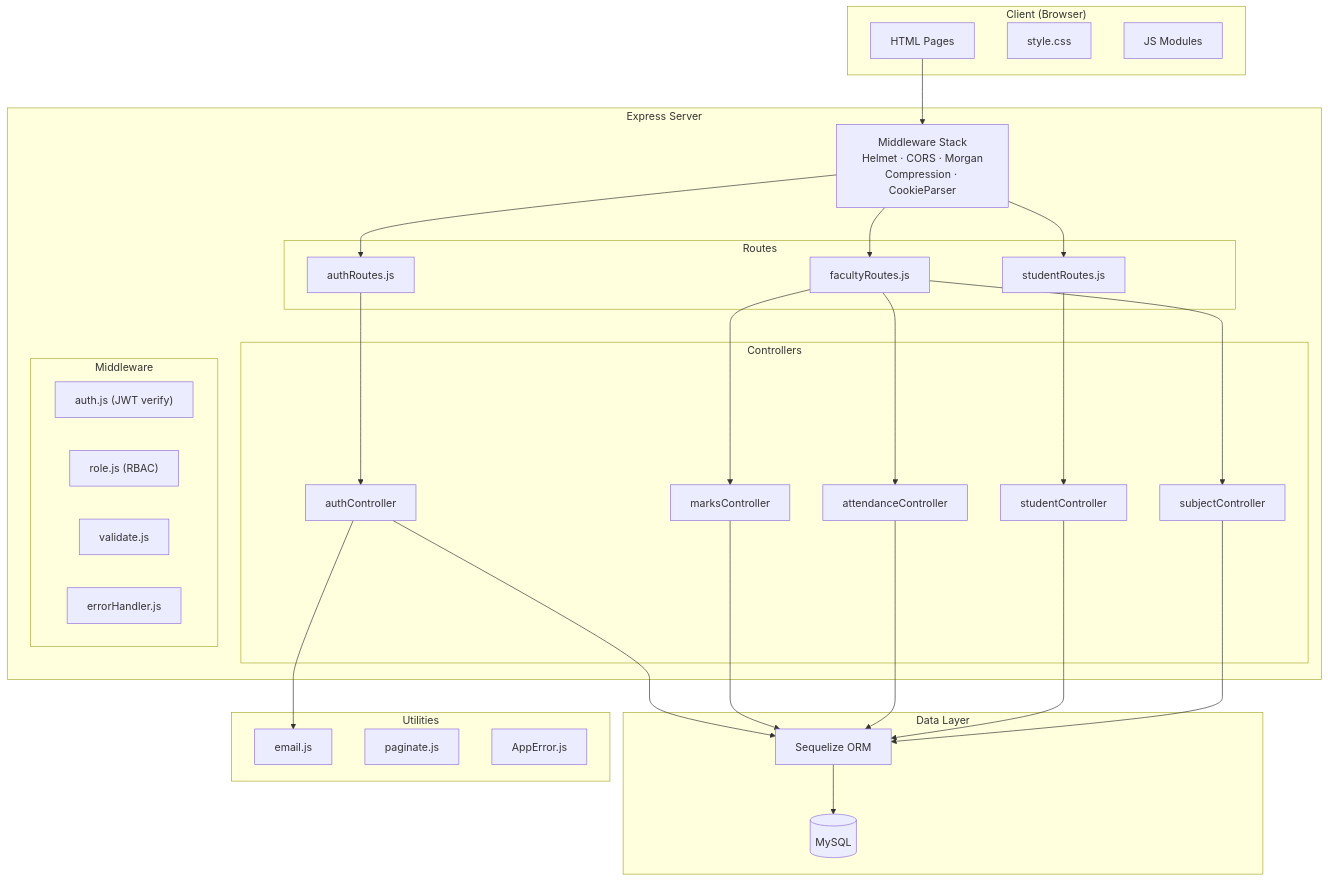
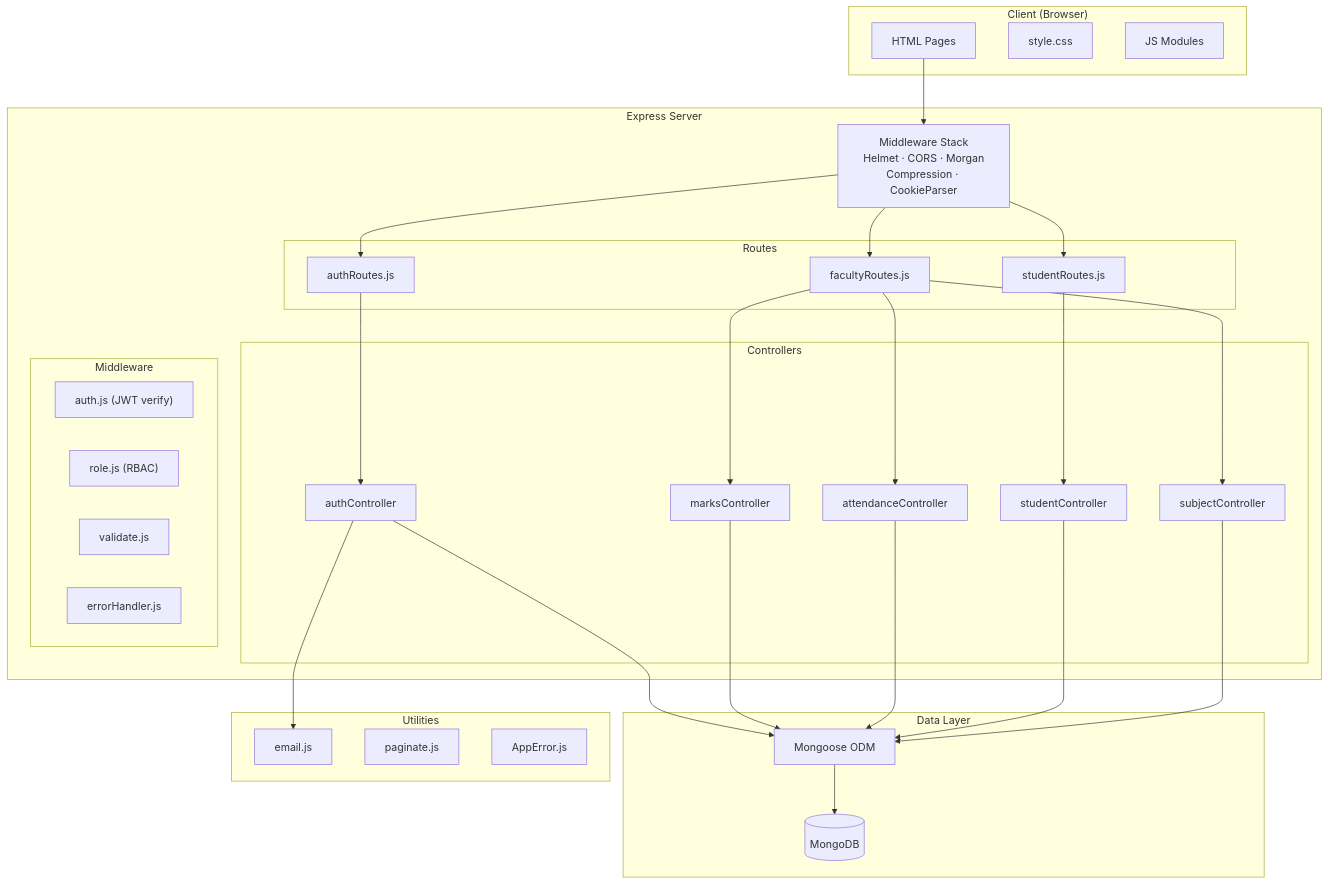
One commit to mayank-shriv/Student_Management_System changed the first of 2 diagrams in analysis_results.md. Above: the diagram before and after it, drawn with Mermaid. The commit also changed other lines of this file and 2 other files, not shown here.

````diff
--- a/analysis_results.md
+++ b/analysis_results.md
@@ -33,53 +33,53 @@
 ```mermaid
 graph TB
     subgraph "Client (Browser)"
         HTML["HTML Pages"]
         CSS["style.css"]
         JS["JS Modules"]
     end
 
     subgraph "Express Server"
         MW["Middleware Stack<br/>Helmet · CORS · Morgan<br/>Compression · CookieParser"]
         
         subgraph "Routes"
             AR["authRoutes.js"]
             FR["facultyRoutes.js"]
             SR["studentRoutes.js"]
         end
 
         subgraph "Controllers"
             AC["authController"]
             MC["marksController"]
             ATC["attendanceController"]
             SC["studentController"]
             SUC["subjectController"]
         end
 
         subgraph "Middleware"
             AUTH["auth.js (JWT verify)"]
             ROLE["role.js (RBAC)"]
             VAL["validate.js"]
             ERR["errorHandler.js"]
         end
     end
 
     subgraph "Data Layer"
-        SEQ["Sequelize ORM"]
-        DB[(MySQL)]
+        SEQ["Mongoose ODM"]
+        DB[(MongoDB)]
     end
 
     subgraph "Utilities"
         EMAIL["email.js"]
         PAG["paginate.js"]
         APERR["AppError.js"]
     end
 
     HTML --> MW
     MW --> AR & FR & SR
     AR --> AC
     FR --> MC & ATC & SUC
     SR --> SC
     AC & MC & ATC & SC & SUC --> SEQ
     SEQ --> DB
     AC --> EMAIL
 ```
````
